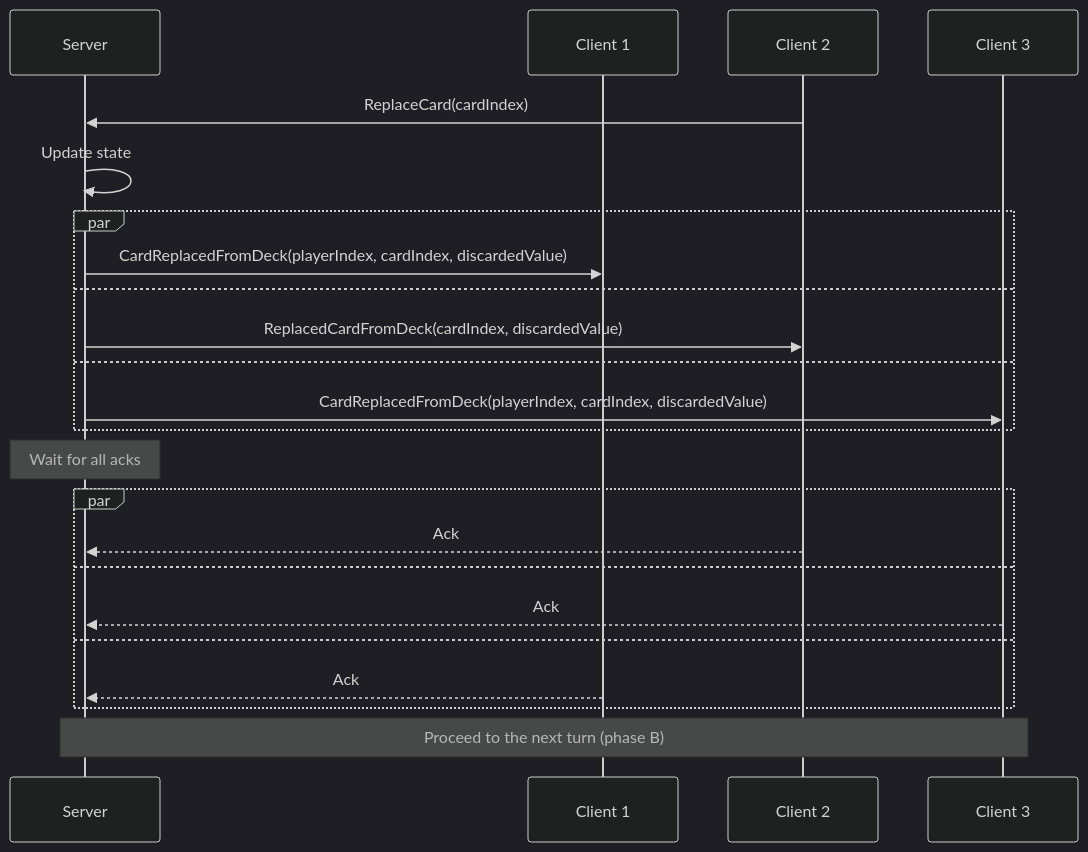
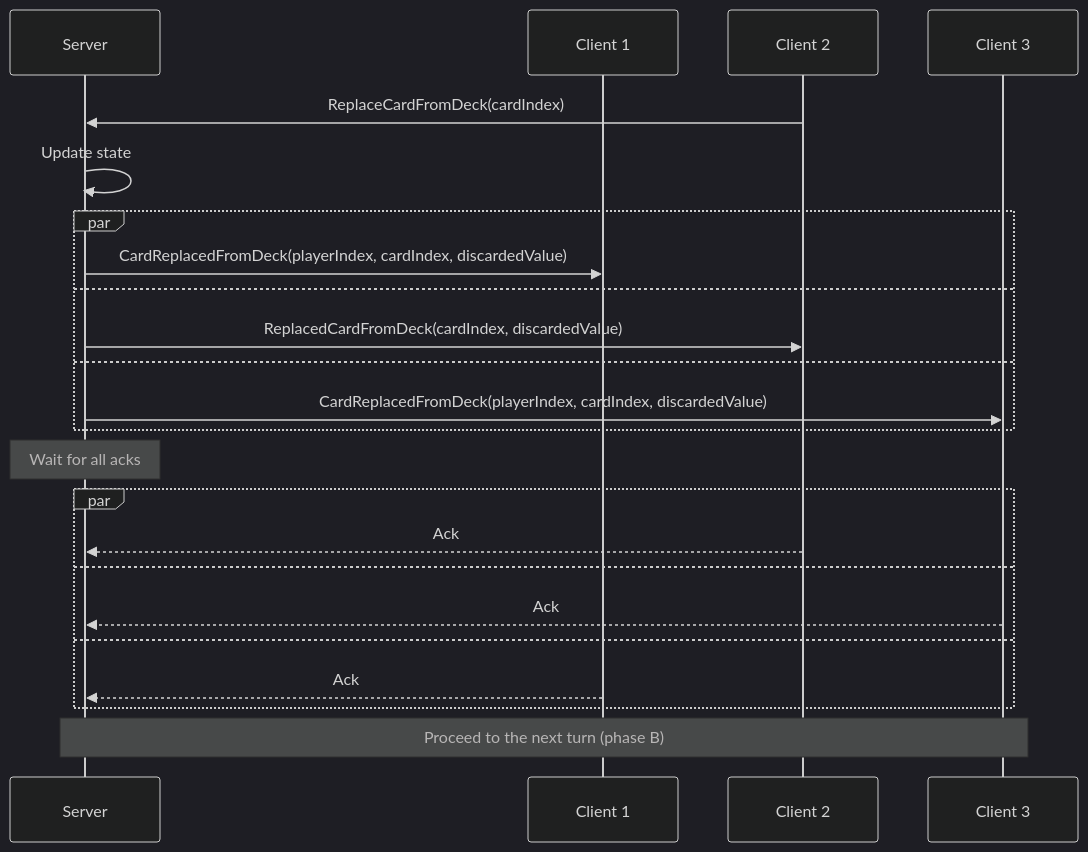
Before and after one commit to roman-zubarevich/another: the ninth of 17 diagrams in README.md, drawn with Mermaid (dark theme). The commit also changed other lines of this file, not shown here.

````diff
--- a/README.md
+++ b/README.md
@@ -253,25 +253,25 @@
 ```mermaid
 sequenceDiagram
     participant S as Server
     participant C1 as Client 1
     participant C2 as Client 2
     participant C3 as Client 3
-    C2->>S: ReplaceCard(cardIndex)
+    C2->>S: ReplaceCardFromDeck(cardIndex)
     S->>S: Update state
     par
         S->>C1: CardReplacedFromDeck(playerIndex, cardIndex, discardedValue)
     and
         S->>C2: ReplacedCardFromDeck(cardIndex, discardedValue)
     and
         S->>C3: CardReplacedFromDeck(playerIndex, cardIndex, discardedValue)
     end
     Note over S: Wait for all acks
     par
         C2-->>S: Ack
     and
         C3-->>S: Ack
     and
         C1-->>S: Ack
     end
     Note over S,C3: Proceed to the next turn (phase B)
 ```
````
